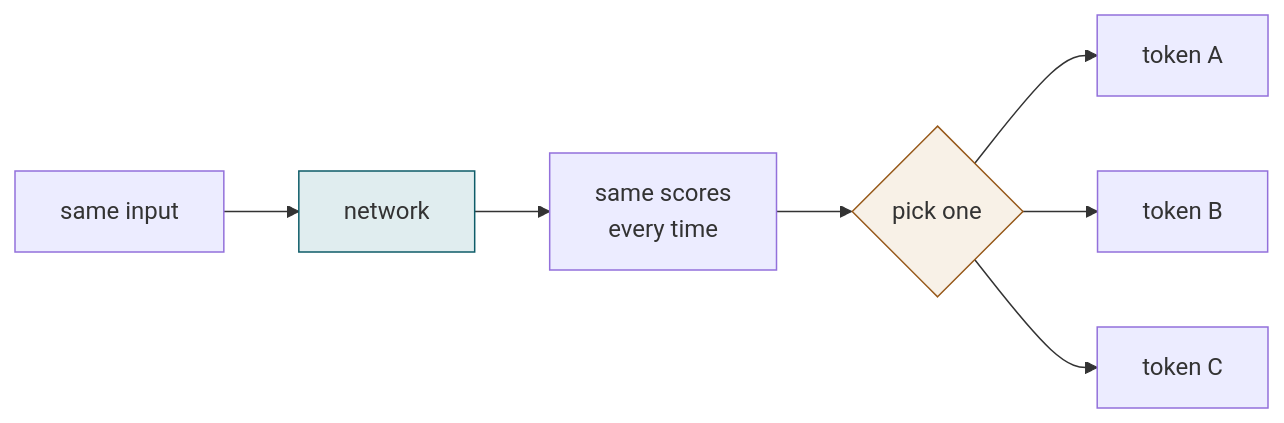
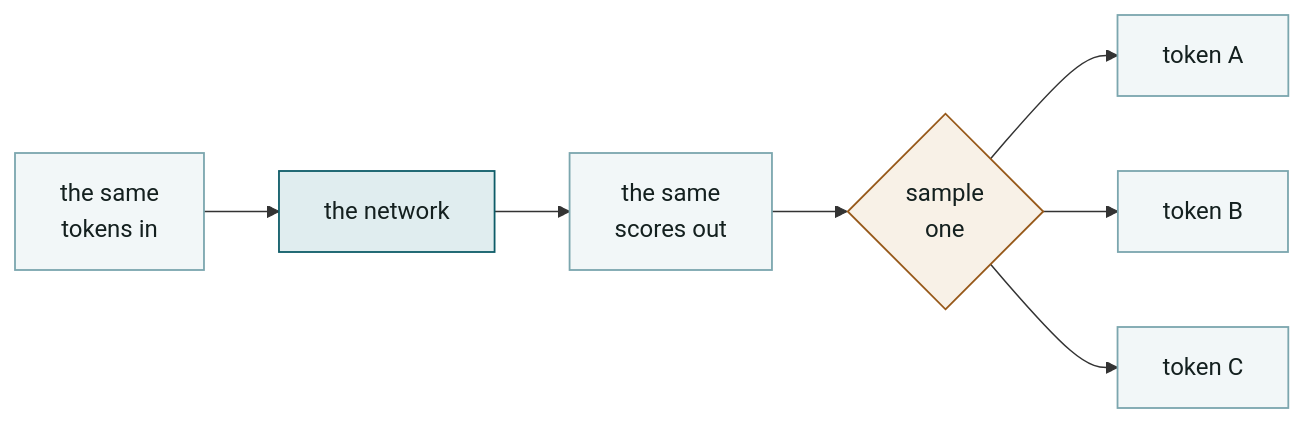
Before and after one commit to VKotzamanis/AI_Training_yasgawd: the third of 7 diagrams in slides/01-substrate.md, drawn with Mermaid. The commit also changed other lines of this file and 19 other files, not shown here.

````diff
--- a/slides/01-substrate.md
+++ b/slides/01-substrate.md
@@ -151,11 +476,13 @@
-```mermaid {scale: 0.95}
+```mermaid {scale: 0.9}
 flowchart LR
-  A["same input"] --> B["network"]
-  B --> C["same scores<br/>every time"]
-  C --> D{"pick one"}
+  classDef n fill:#F2F7F8,stroke:#7BA6AE,stroke-width:1.2px,color:#14201F
+  A["the same<br/>tokens in"] --> B["the network"]
+  B --> C["the same<br/>scores out"]
+  C --> D{"sample<br/>one"}
   D --> E["token A"]
   D --> F["token B"]
   D --> G["token C"]
   style B fill:#E0EDEF,stroke:#0E5C68
   style D fill:#F8F1E7,stroke:#97591A
+  class A,B,C,D,E,F,G n
 ```
````
